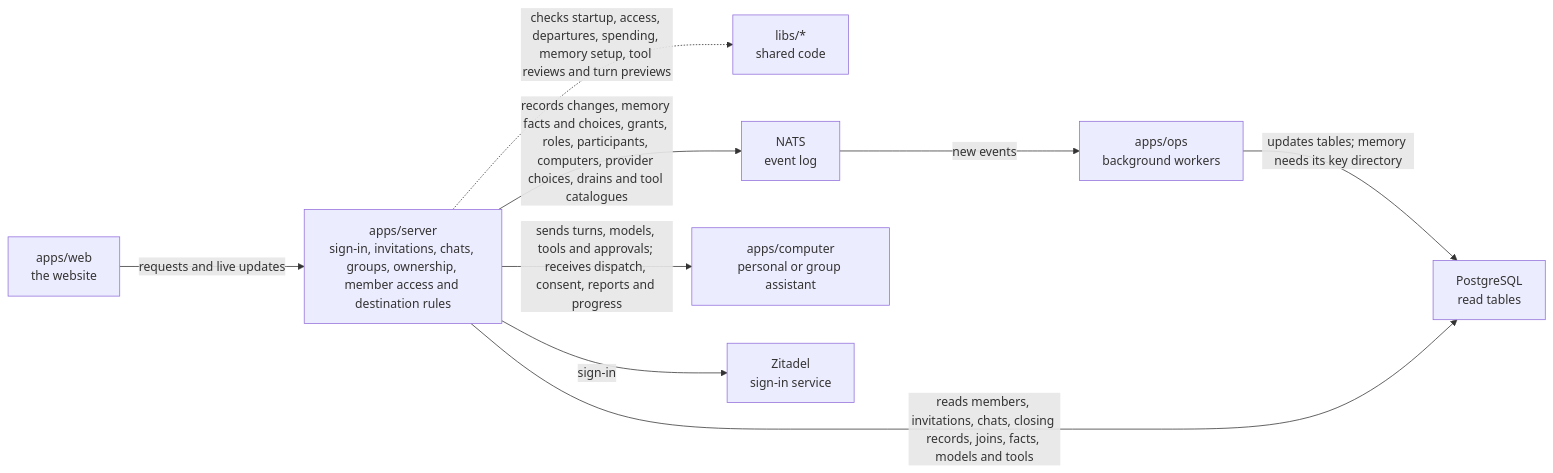
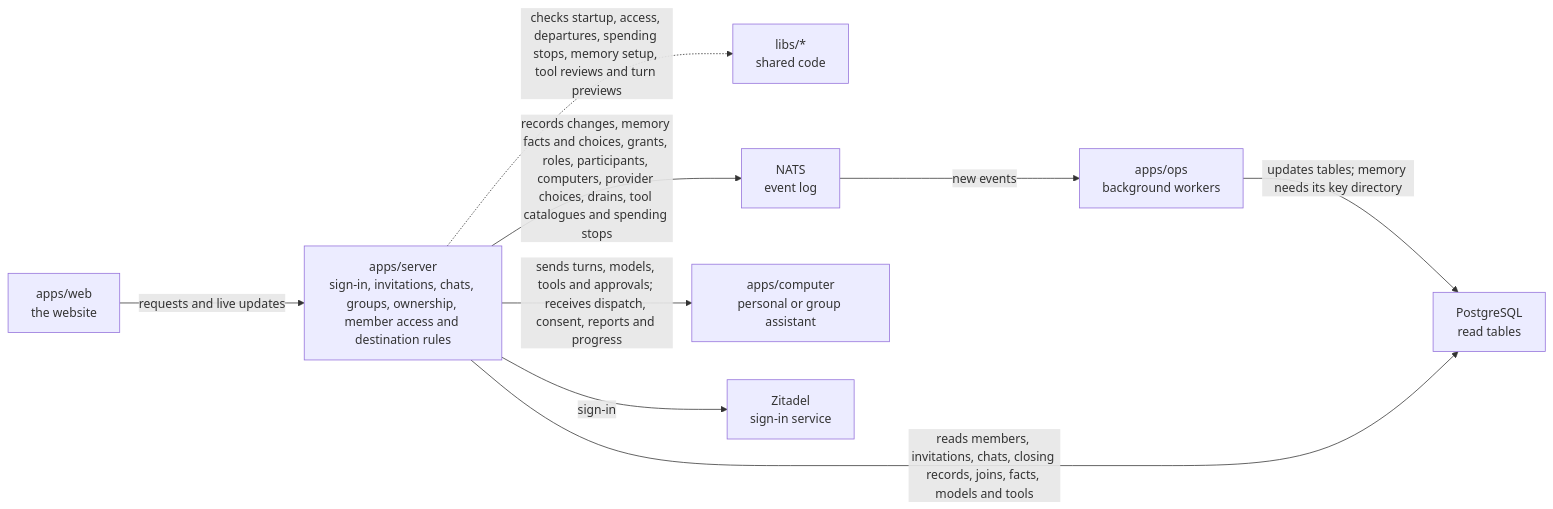
Before and after one commit to elewa-git/opencrane-new: the diagram in apps/server/README.md, drawn with Mermaid. The commit also changed other lines of this file and 15 other files, not shown here.

````diff
--- a/apps/server/README.md
+++ b/apps/server/README.md
@@ -11,11 +11,11 @@
 ```mermaid
 flowchart LR
   web["apps/web<br/>the website"] -->|requests and live updates| server["apps/server<br/>sign-in, invitations, chats, groups, ownership, member access and destination rules"]
-  server -.->|checks startup, access, departures, spending, memory setup, tool reviews and turn previews| libs["libs/*<br/>shared code"]
-  server -->|records changes, memory facts and choices, grants, roles, participants, computers, provider choices, drains and tool catalogues| nats["NATS<br/>event log"]
+  server -.->|checks startup, access, departures, spending stops, memory setup, tool reviews and turn previews| libs["libs/*<br/>shared code"]
+  server -->|records changes, memory facts and choices, grants, roles, participants, computers, provider choices, drains, tool catalogues and spending stops| nats["NATS<br/>event log"]
   nats -->|new events| ops["apps/ops<br/>background workers"]
   ops -->|updates tables; memory needs its key directory| postgres["PostgreSQL<br/>read tables"]
   server -->|reads members, invitations, chats, closing records, joins, facts, models and tools| postgres
   server -->|sends turns, models, tools and approvals; receives dispatch, consent, reports and progress| computer["apps/computer<br/>personal or group assistant"]
   server -->|sign-in| zitadel["Zitadel<br/>sign-in service"]
 ```
````
